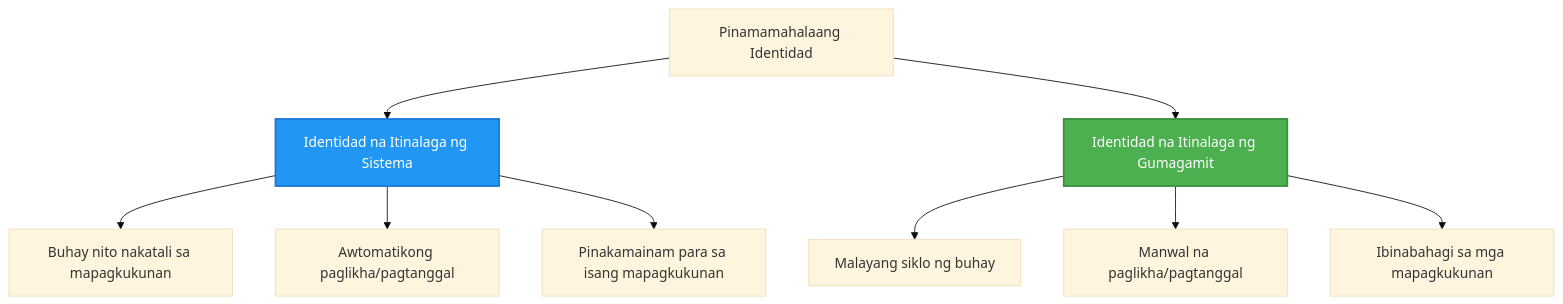
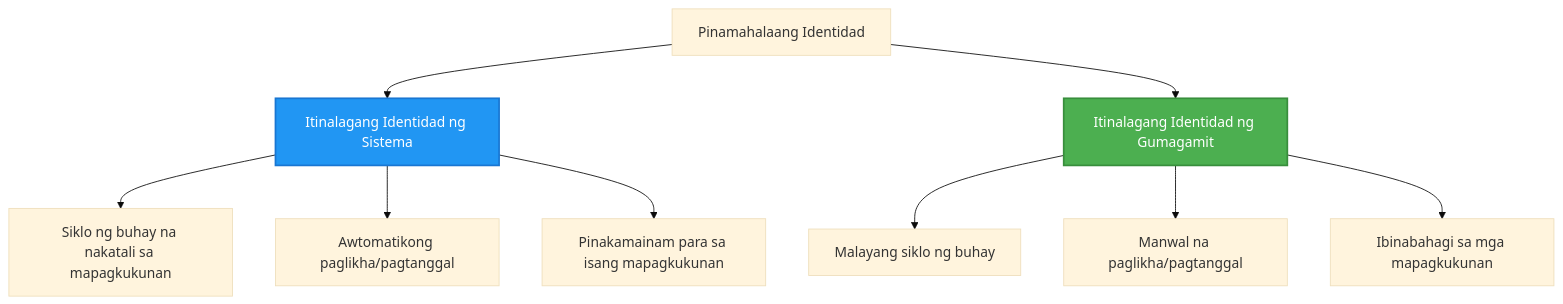
One commit to microsoft/AZD-for-beginners changed the second of 2 diagrams in translations/tl/docs/chapter-03-configuration/authsecurity.md. Above: the diagram before and after it, drawn with Mermaid (base theme). The commit also changed other lines of this file and 101 other files, not shown here.

````diff
--- a/translations/tl/docs/chapter-03-configuration/authsecurity.md
+++ b/translations/tl/docs/chapter-03-configuration/authsecurity.md
@@ -97,20 +97,20 @@
 ```mermaid
 graph TB
-    MI[Pinamamahalaang Identidad]
-    SystemAssigned[Identidad na Itinalaga ng Sistema]
-    UserAssigned[Identidad na Itinalaga ng Gumagamit]
+    MI[Pinamahalaang Identidad]
+    SystemAssigned[Itinalagang Identidad ng Sistema]
+    UserAssigned[Itinalagang Identidad ng Gumagamit]
     
     MI --> SystemAssigned
     MI --> UserAssigned
     
-    SystemAssigned --> SA1[Buhay nito nakatali sa mapagkukunan]
+    SystemAssigned --> SA1[Siklo ng buhay na nakatali sa mapagkukunan]
     SystemAssigned --> SA2[Awtomatikong paglikha/pagtanggal]
     SystemAssigned --> SA3[Pinakamainam para sa isang mapagkukunan]
     
     UserAssigned --> UA1[Malayang siklo ng buhay]
     UserAssigned --> UA2[Manwal na paglikha/pagtanggal]
     UserAssigned --> UA3[Ibinabahagi sa mga mapagkukunan]
     
     style SystemAssigned fill:#2196F3,stroke:#1976D2,stroke-width:2px,color:#fff
     style UserAssigned fill:#4CAF50,stroke:#388E3C,stroke-width:2px,color:#fff
 ```
````
